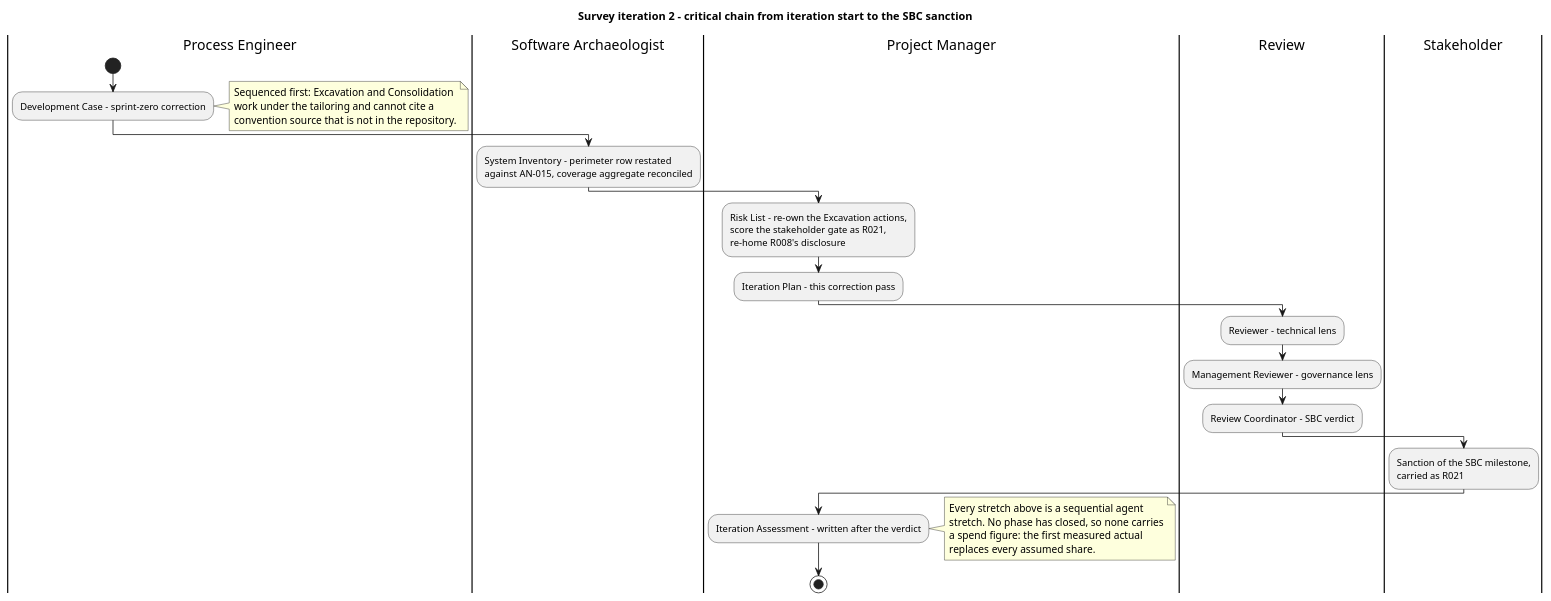
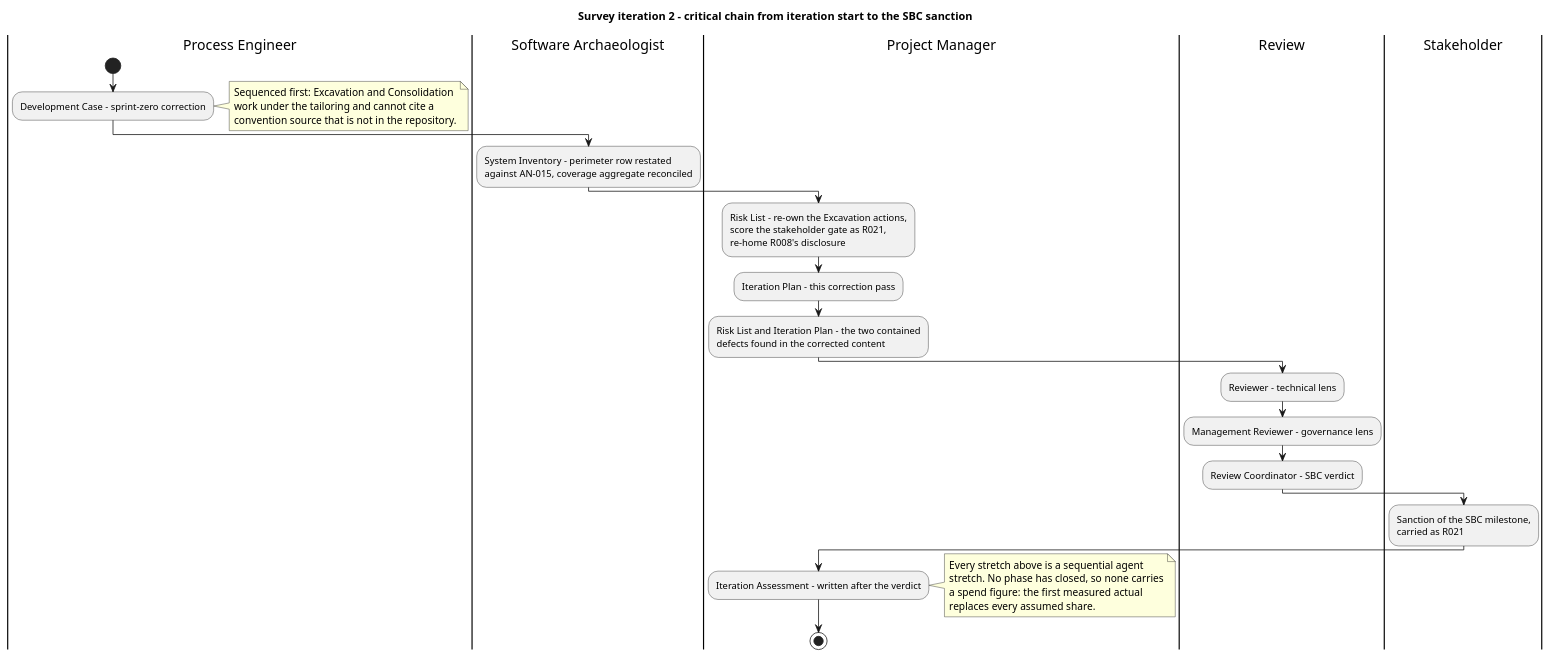
The third of 3 diagrams in docs/artifacts/project-management/iteration-plan.md (banense-test/TodoApp), drawn with PlantUML before and after one commit. The commit also changed other lines of this file, not shown here.

First line of the commit message:
Project Manager [Survey2]: upsert Iteration Plan

````diff
--- a/docs/artifacts/project-management/iteration-plan.md
+++ b/docs/artifacts/project-management/iteration-plan.md
@@ -203,45 +206,47 @@
 ```plantuml
 @startuml
 title Survey iteration 2 - critical chain from iteration start to the SBC sanction
 skinparam shadowing false
 skinparam defaultTextAlignment left
 
 |Process Engineer|
 start
 :Development Case - sprint-zero correction;
 note right
   Sequenced first: Excavation and Consolidation
   work under the tailoring and cannot cite a
   convention source that is not in the repository.
 end note
 
 |Software Archaeologist|
 :System Inventory - perimeter row restated
 against AN-015, coverage aggregate reconciled;
 
 |Project Manager|
 :Risk List - re-own the Excavation actions,
 score the stakeholder gate as R021,
 re-home R008's disclosure;
 :Iteration Plan - this correction pass;
+:Risk List and Iteration Plan - the two contained
+defects found in the corrected content;
 
 |Review|
 :Reviewer - technical lens;
 :Management Reviewer - governance lens;
 :Review Coordinator - SBC verdict;
 
 |Stakeholder|
 :Sanction of the SBC milestone,
 carried as R021;
 
 |Project Manager|
 :Iteration Assessment - written after the verdict;
 note right
   Every stretch above is a sequential agent
   stretch. No phase has closed, so none carries
   a spend figure: the first measured actual
   replaces every assumed share.
 end note
 stop
 @enduml
 ```
````
